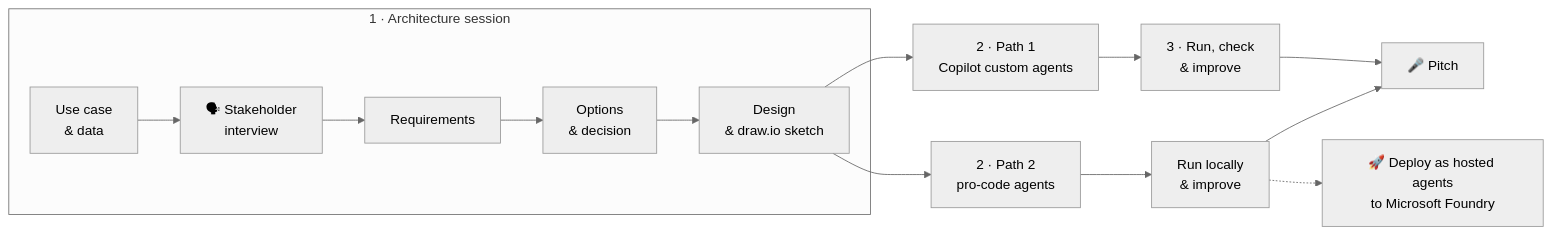
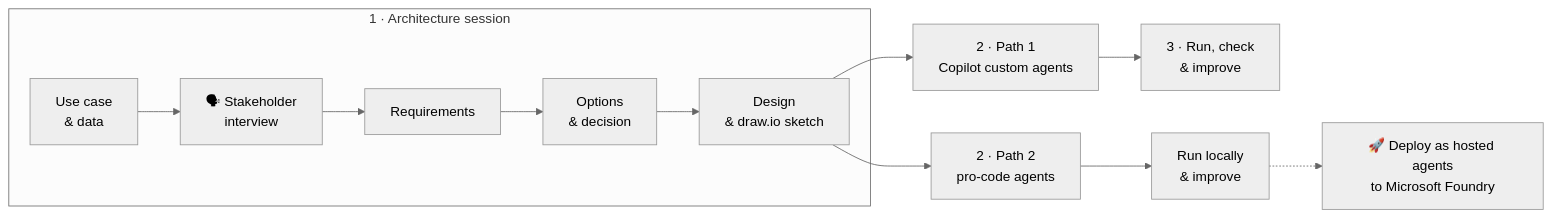
Before and after one commit to LaetitiaMa1410/ghcp-agent-team-lab: the diagram in README.md, drawn with Mermaid (neutral theme). The commit also changed 2 other files, not shown here.

Commit message:
Remove pitch & wrap-up page

````diff
--- a/README.md
+++ b/README.md
@@ -27,9 +27,9 @@
 ```mermaid
 flowchart LR
   subgraph S1["1 · Architecture session"]
     A["Use case<br/>& data"] --> I["🗣 Stakeholder<br/>interview"] --> R["Requirements"] --> O["Options<br/>& decision"] --> D["Design<br/>& draw.io sketch"]
   end
-  D --> C["2 · Path 1<br/>Copilot custom agents"] --> E["3 · Run, check<br/>& improve"] --> P["🎤 Pitch"]
-  D --> C2["2 · Path 2<br/>pro-code agents"] --> E2["Run locally<br/>& improve"] --> P
+  D --> C["2 · Path 1<br/>Copilot custom agents"] --> E["3 · Run, check<br/>& improve"]
+  D --> C2["2 · Path 2<br/>pro-code agents"] --> E2["Run locally<br/>& improve"]
   E2 -.-> X["🚀 Deploy as hosted agents<br/>to Microsoft Foundry"]
 ```
````
